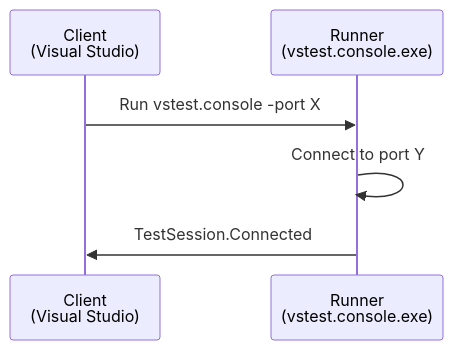
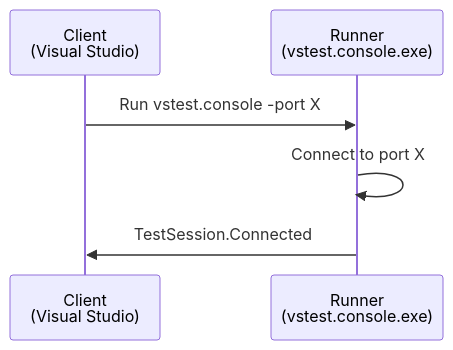
The second of 6 diagrams in docs/Overview.md (microsoft/vstest), drawn with Mermaid before and after one commit. The commit also changed other lines of this file, not shown here.

````diff
--- a/docs/Overview.md
+++ b/docs/Overview.md
@@ -380,8 +386,8 @@
 ```mermaid
 sequenceDiagram
 participant c as Client<br>(Visual Studio)
 participant r as Runner<br>(vstest.console.exe)
 c->>r:   Run vstest.console -port X
-r->>r:   Connect to port Y
+r->>r:   Connect to port X
 r->>c:   TestSession.Connected
 ```
````
